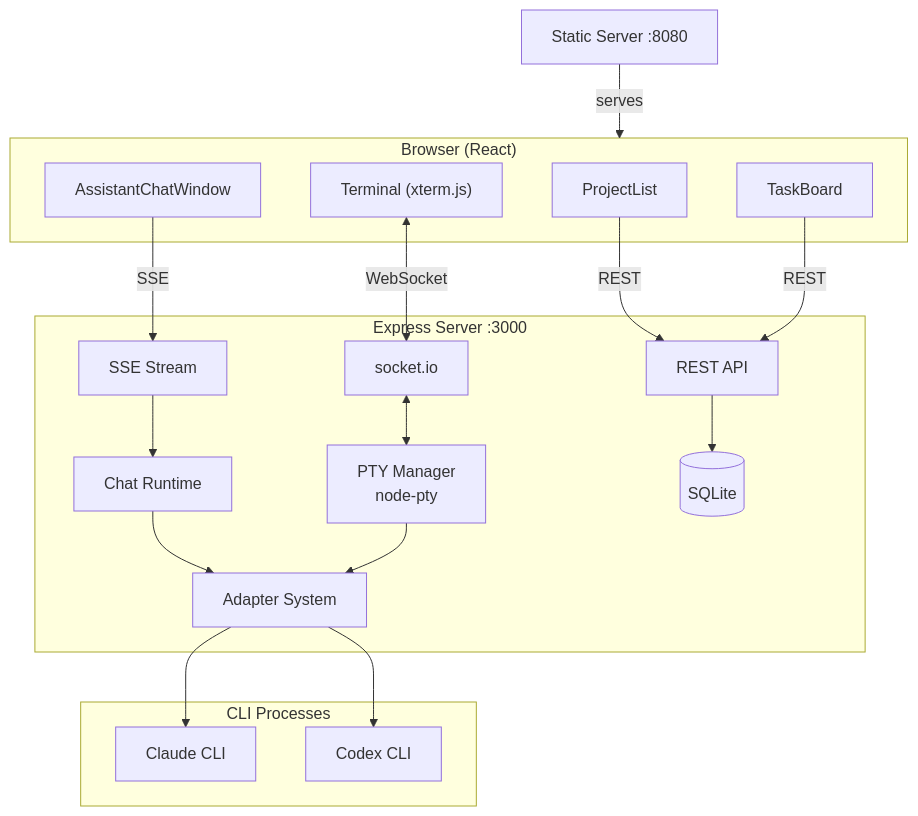
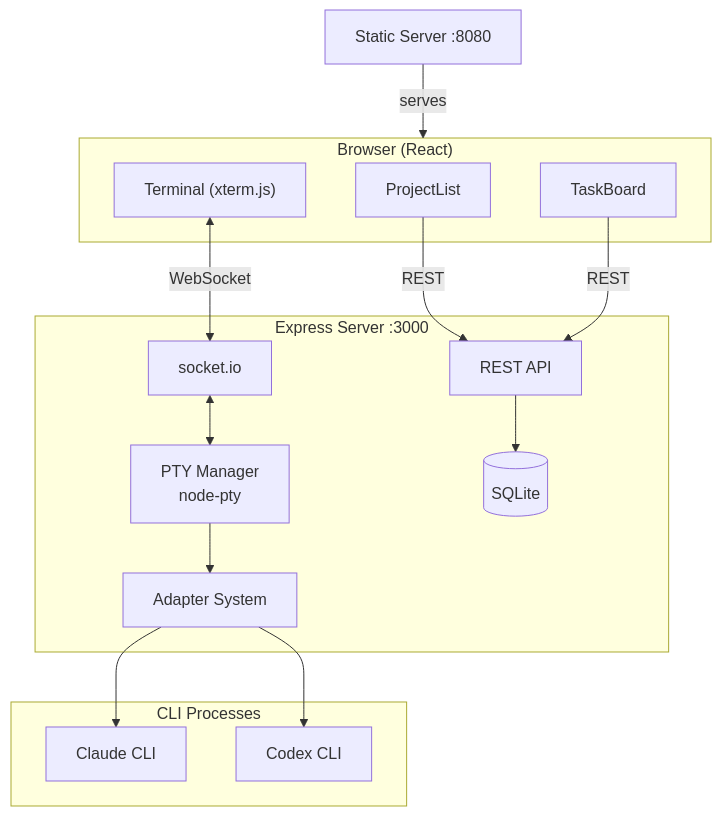
The diagram in README.md (ZHHHH9980/claude-code-manager), drawn with Mermaid before and after one commit. The commit also changed other lines of this file and 5 other files, not shown here.

First line of the commit message:
Remove AssistantChatWindow and SSE chat functionality

````diff
--- a/README.md
+++ b/README.md
@@ -7,39 +7,33 @@
 ```mermaid
 graph TB
     subgraph Browser["Browser (React)"]
         PL[ProjectList]
         TB[TaskBoard]
         TM["Terminal (xterm.js)"]
-        CW[AssistantChatWindow]
     end
 
     subgraph Server["Express Server :3000"]
         API[REST API]
         SIO[socket.io]
-        SSE[SSE Stream]
         PTY[PTY Manager<br/>node-pty]
-        CR[Chat Runtime]
         DB[(SQLite)]
         AD[Adapter System]
     end
 
     subgraph CLI["CLI Processes"]
         CC[Claude CLI]
         CX[Codex CLI]
     end
 
     SS["Static Server :8080"]
 
     PL & TB -->|REST| API
     TM <-->|WebSocket| SIO
-    CW -->|SSE| SSE
 
     API --> DB
     SIO <--> PTY
-    SSE --> CR
-    CR --> AD
     PTY --> AD
     AD --> CC & CX
 
     SS -->|serves| Browser
 ```
````
